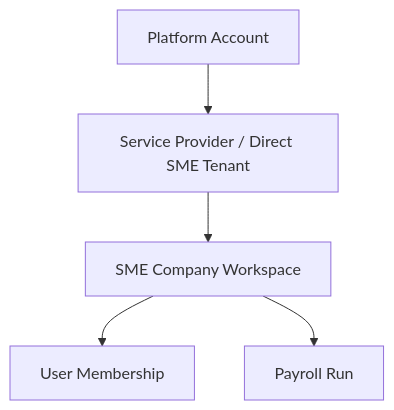
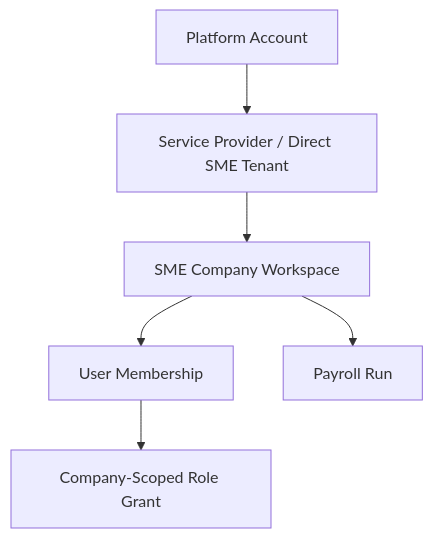
One commit to fatihiazmi/sme-payroll-approval-saas-decision-capture changed the diagram in docs/architecture/TENANCY-RBAC-MODEL.md. Above: the diagram before and after it, drawn with Mermaid. The commit also changed other lines of this file and 6 other files, not shown here.

````diff
--- a/docs/architecture/TENANCY-RBAC-MODEL.md
+++ b/docs/architecture/TENANCY-RBAC-MODEL.md
@@ -11,13 +15,15 @@
 ```mermaid
 flowchart TD
   Platform[Platform Account]
   Tenant[Service Provider / Direct SME Tenant]
   Company[SME Company Workspace]
   Membership[User Membership]
+  RoleGrant[Company-Scoped Role Grant]
   PayrollRun[Payroll Run]
 
   Platform --> Tenant
   Tenant --> Company
   Company --> Membership
+  Membership --> RoleGrant
   Company --> PayrollRun
 ```
````
